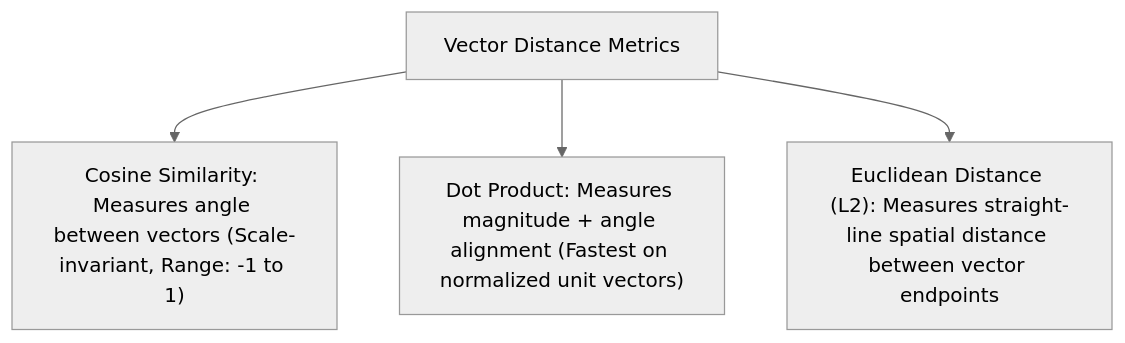
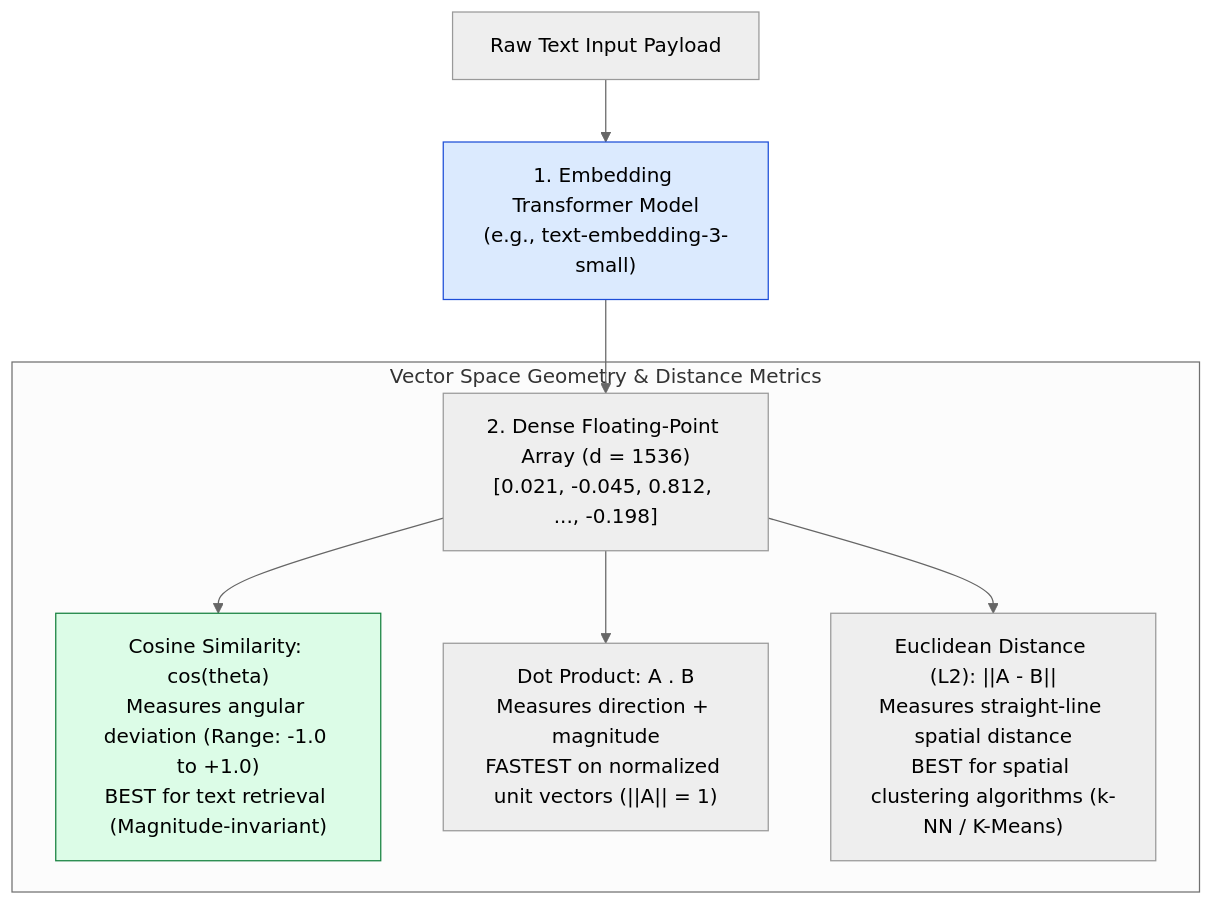
The first of 3 diagrams in agentic-ai-notes/00-foundations/06-embeddings-deep-dive.md (Amie-dev/engineering-playbook), drawn with Mermaid (neutral theme) before and after one commit. The commit also changed other lines of this file and 17 other files, not shown here.

Commit message:
Refactor observability and tracing documentation to enhance clarity and detail; expand Model Context Protocol (MCP) architecture with JSON-RPC primitives; update decision framework to emphasize architectural complexity and decision-making processes.

````diff
--- a/agentic-ai-notes/00-foundations/06-embeddings-deep-dive.md
+++ b/agentic-ai-notes/00-foundations/06-embeddings-deep-dive.md
@@ -10,6 +13,15 @@
 ```mermaid
-graph TD
-    Metrics[Vector Distance Metrics] --> Cosine["Cosine Similarity: Measures angle between vectors (Scale-invariant, Range: -1 to 1)"]
-    Metrics --> DotProduct["Dot Product: Measures magnitude + angle alignment (Fastest on normalized unit vectors)"]
-    Metrics --> Euclidean["Euclidean Distance (L2): Measures straight-line spatial distance between vector endpoints"]
+flowchart TD
+    RawText[Raw Text Input Payload] --> EmbedModel["1. Embedding Transformer Model<br/>(e.g., text-embedding-3-small)"]
+
+    EmbedModel --> DenseVector["2. Dense Floating-Point Array (d = 1536)<br/>[0.021, -0.045, 0.812, ..., -0.198]"]
+
+    subgraph Vector Space Geometry & Distance Metrics
+        DenseVector --> Cosine["Cosine Similarity: cos(theta)<br/>Measures angular deviation (Range: -1.0 to +1.0)<br/>BEST for text retrieval (Magnitude-invariant)"]
+        DenseVector --> DotProduct["Dot Product: A . B<br/>Measures direction + magnitude<br/>FASTEST on normalized unit vectors (||A|| = 1)"]
+        DenseVector --> Euclidean["Euclidean Distance (L2): ||A - B||<br/>Measures straight-line spatial distance<br/>BEST for spatial clustering algorithms (k-NN / K-Means)"]
+    end
+
+    style EmbedModel fill:#dbeafe,stroke:#1d4ed8
+    style Cosine fill:#dcfce7,stroke:#15803d
 ```
````
